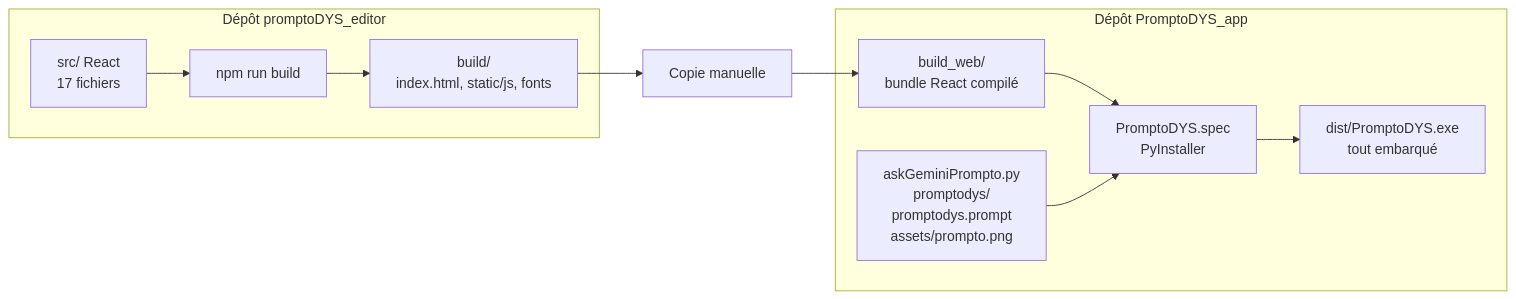
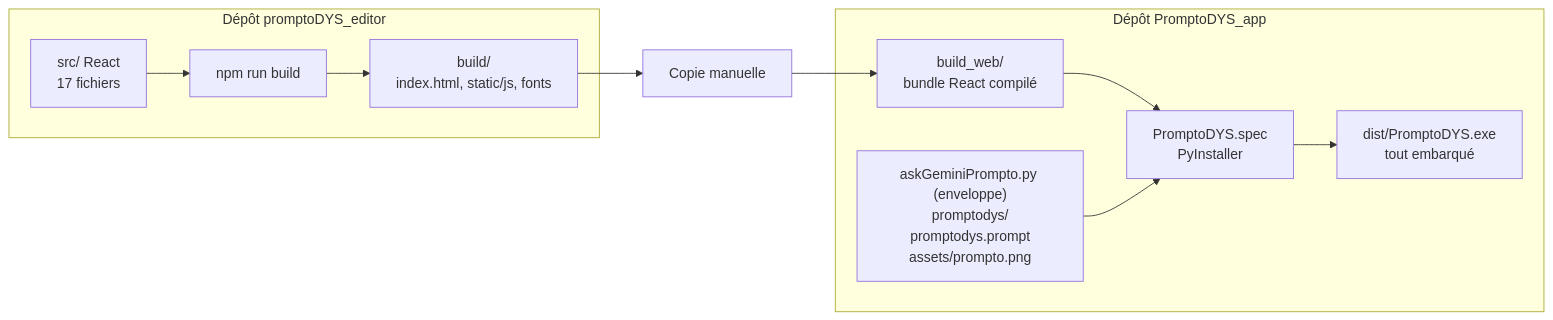
The fifth of 5 diagrams in doc/ARCHITECTURE.md (lecinquiemejour-code/PromptoDYS_app), drawn with Mermaid before and after one commit. The commit also changed other lines of this file and 6 other files, not shown here.

````diff
--- a/doc/ARCHITECTURE.md
+++ b/doc/ARCHITECTURE.md
@@ -275,23 +278,23 @@
 ```mermaid
 flowchart LR
     subgraph ED["Dépôt promptoDYS_editor"]
         SRC["src/ React<br/>17 fichiers"]
         BUILD["npm run build"]
         OUT["build/<br/>index.html, static/js, fonts"]
         SRC --> BUILD --> OUT
     end
 
     COPY["Copie manuelle"]
 
     subgraph APP["Dépôt PromptoDYS_app"]
         WEB["build_web/<br/>bundle React compilé"]
-        PYS["askGeminiPrompto.py<br/>promptodys/<br/>promptodys.prompt<br/>assets/prompto.png"]
+        PYS["askGeminiPrompto.py (enveloppe)<br/>promptodys/<br/>promptodys.prompt<br/>assets/prompto.png"]
         SPEC["PromptoDYS.spec<br/>PyInstaller"]
         EXE["dist/PromptoDYS.exe<br/>tout embarqué"]
         WEB --> SPEC
         PYS --> SPEC
         SPEC --> EXE
     end
 
     OUT --> COPY --> WEB
 ```
````
